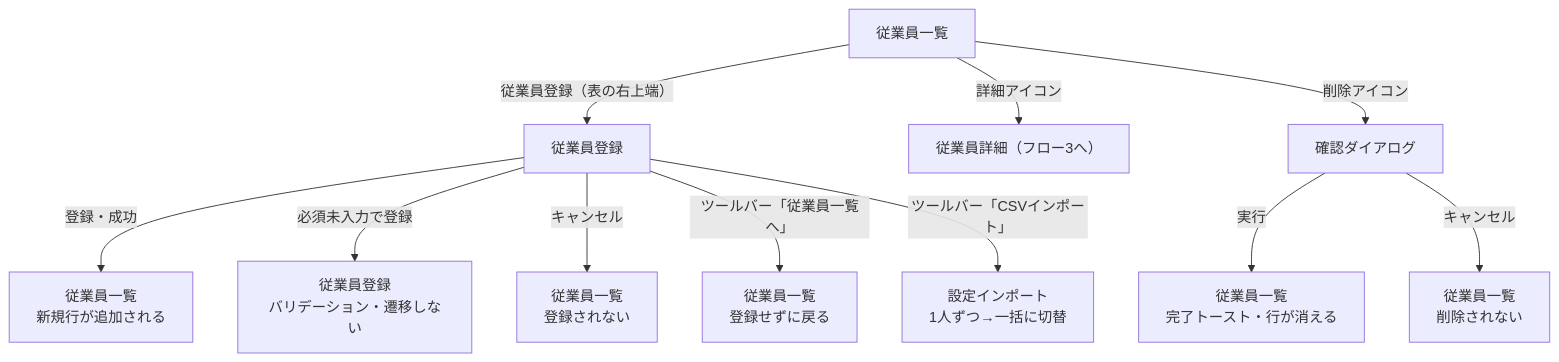
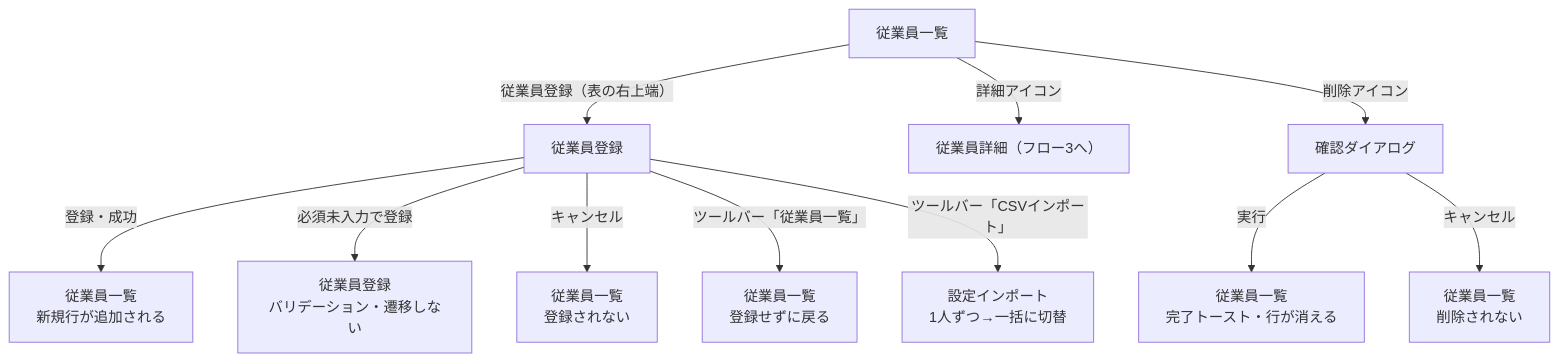
The third of 15 diagrams in 20260803_01_従業員管理_仕様書_PdM版.md (suguru789987/rakmy-employee-mgmt-spec), drawn with Mermaid before and after one commit. The commit also changed other lines of this file and 28 other files, not shown here.

````diff
--- a/20260803_01_従業員管理_仕様書_PdM版.md
+++ b/20260803_01_従業員管理_仕様書_PdM版.md
@@ -190,14 +190,14 @@
 ```mermaid
 flowchart TB
   EL["従業員一覧"] -->|"従業員登録（表の右上端）"| ER["従業員登録"]
   ER -->|"登録・成功"| A["従業員一覧<br/>新規行が追加される"]
   ER -->|"必須未入力で登録"| B["従業員登録<br/>バリデーション・遷移しない"]
   ER -->|"キャンセル"| C["従業員一覧<br/>登録されない"]
-  ER -->|"ツールバー「従業員一覧へ」"| D["従業員一覧<br/>登録せずに戻る"]
+  ER -->|"ツールバー「従業員一覧」"| D["従業員一覧<br/>登録せずに戻る"]
   ER -->|"ツールバー「CSVインポート」"| E["設定インポート<br/>1人ずつ→一括に切替"]
 
   EL -->|"詳細アイコン"| F["従業員詳細（フロー3へ）"]
   EL -->|"削除アイコン"| G["確認ダイアログ"]
   G -->|"実行"| H["従業員一覧<br/>完了トースト・行が消える"]
   G -->|"キャンセル"| I["従業員一覧<br/>削除されない"]
 ```
````
